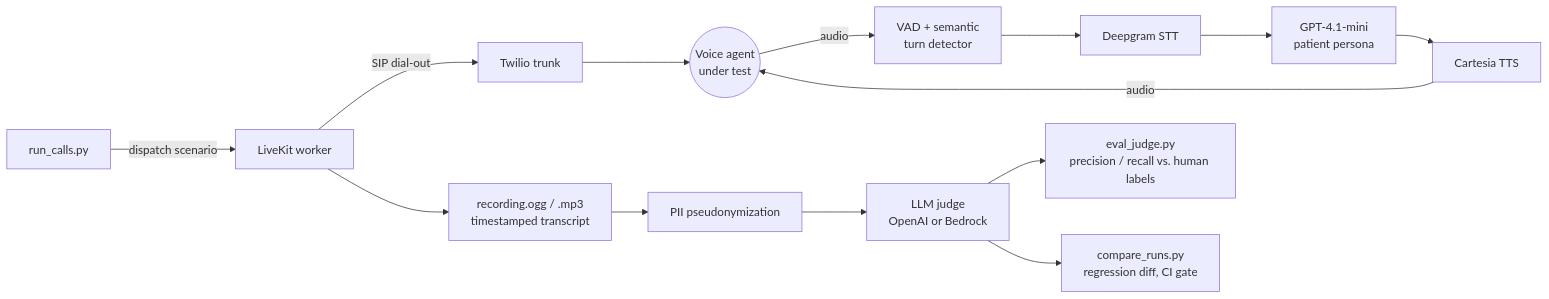
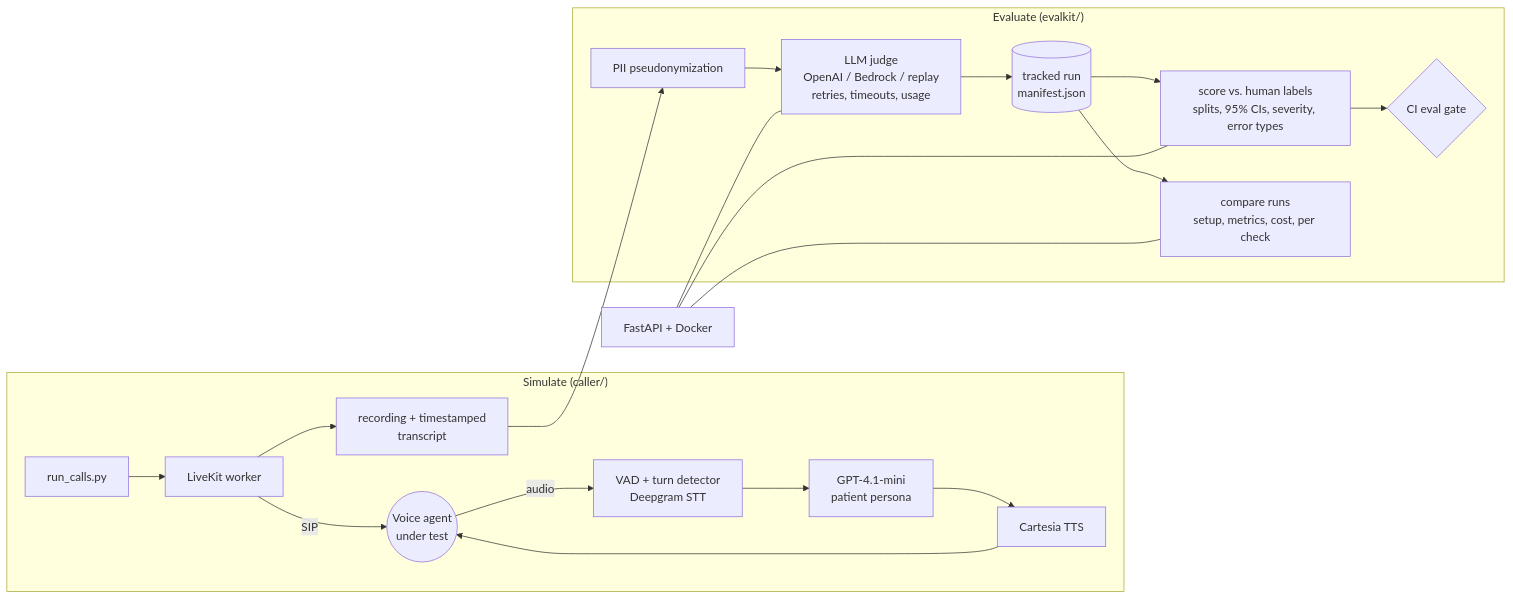
Before and after one commit to yding-lab/LLM-voice-agent-eval: the diagram in README.md, drawn with Mermaid. The commit also changed other lines of this file and 56 other files, not shown here.

First line of the commit message:
evalkit: tracked, reproducible, servable evaluation pipeline

````diff
--- a/README.md
+++ b/README.md
@@ -9,10 +28,18 @@
 ```mermaid
 flowchart LR
-    R[run_calls.py] -->|dispatch scenario| W[LiveKit worker]
-    W -->|SIP dial-out| T[Twilio trunk] --> A((Voice agent<br/>under test))
-    A -->|audio| V[VAD + semantic<br/>turn detector] --> S[Deepgram STT] --> L[GPT-4.1-mini<br/>patient persona] --> C[Cartesia TTS] -->|audio| A
-    W --> O[recording.ogg / .mp3<br/>timestamped transcript]
-    O --> P[PII pseudonymization] --> Q[LLM judge<br/>OpenAI or Bedrock]
-    Q --> E[eval_judge.py<br/>precision / recall vs. human labels]
-    Q --> D[compare_runs.py<br/>regression diff, CI gate]
+    subgraph Simulate["Simulate (caller/)"]
+      R[run_calls.py] --> W[LiveKit worker] -->|SIP| A((Voice agent<br/>under test))
+      A -->|audio| S[VAD + turn detector<br/>Deepgram STT] --> L[GPT-4.1-mini<br/>patient persona] --> C[Cartesia TTS] --> A
+      W --> T[recording + timestamped<br/>transcript]
+    end
+    subgraph Evaluate["Evaluate (evalkit/)"]
+      T --> P[PII pseudonymization] --> J[LLM judge<br/>OpenAI / Bedrock / replay<br/>retries, timeouts, usage]
+      J --> M[(tracked run<br/>manifest.json)]
+      M --> SC[score vs. human labels<br/>splits, 95% CIs, severity, error types]
+      M --> CMP[compare runs<br/>setup, metrics, cost, per check]
+      SC --> G{CI eval gate}
+    end
+    API[FastAPI + Docker] --- J
+    API --- SC
+    API --- CMP
 ```
````
